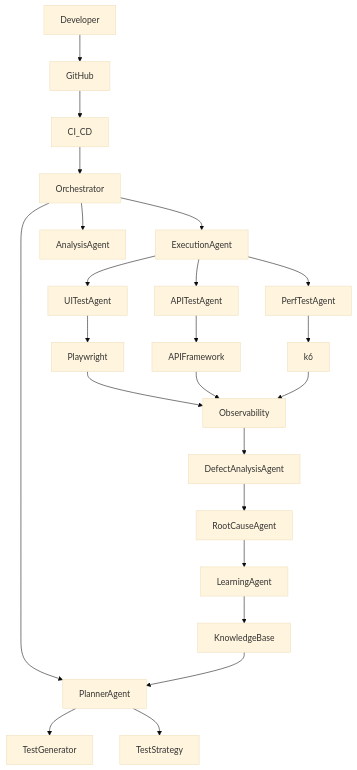
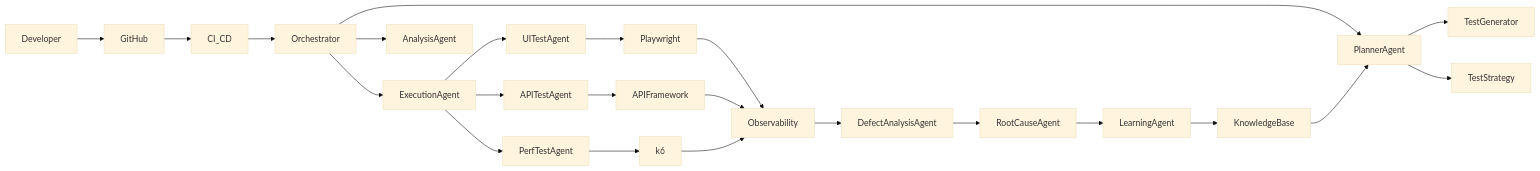
Before and after one commit to ashwin-ak/ashwin-ak: the first of 3 diagrams in readme.md, drawn with Mermaid (base theme). The commit also changed other lines of this file, not shown here.

````diff
--- a/readme.md
+++ b/readme.md
@@ -88,36 +100,36 @@
 ```mermaid
-flowchart TD
+flowchart LR
 
 Developer --> GitHub
 GitHub --> CI_CD
 
 CI_CD --> Orchestrator
 
 Orchestrator --> PlannerAgent
 Orchestrator --> ExecutionAgent
 Orchestrator --> AnalysisAgent
 
 PlannerAgent --> TestGenerator
 PlannerAgent --> TestStrategy
 
 ExecutionAgent --> UITestAgent
 ExecutionAgent --> APITestAgent
 ExecutionAgent --> PerfTestAgent
 
 UITestAgent --> Playwright
 APITestAgent --> APIFramework
 PerfTestAgent --> k6
 
 Playwright --> Observability
 APIFramework --> Observability
 k6 --> Observability
 
 Observability --> DefectAnalysisAgent
 DefectAnalysisAgent --> RootCauseAgent
 
 RootCauseAgent --> LearningAgent
 
 LearningAgent --> KnowledgeBase
 
 KnowledgeBase --> PlannerAgent
 ```
````
